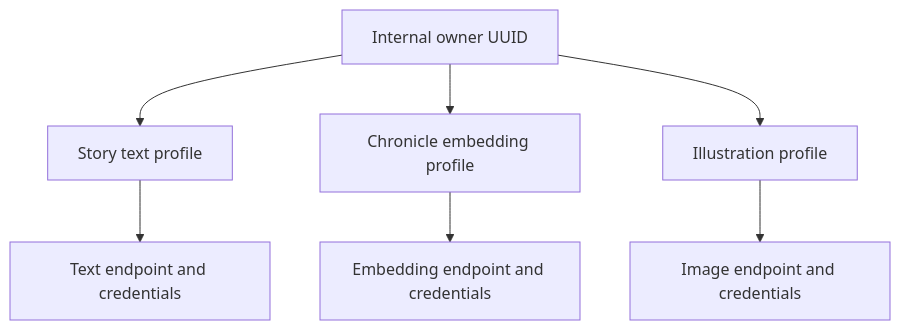
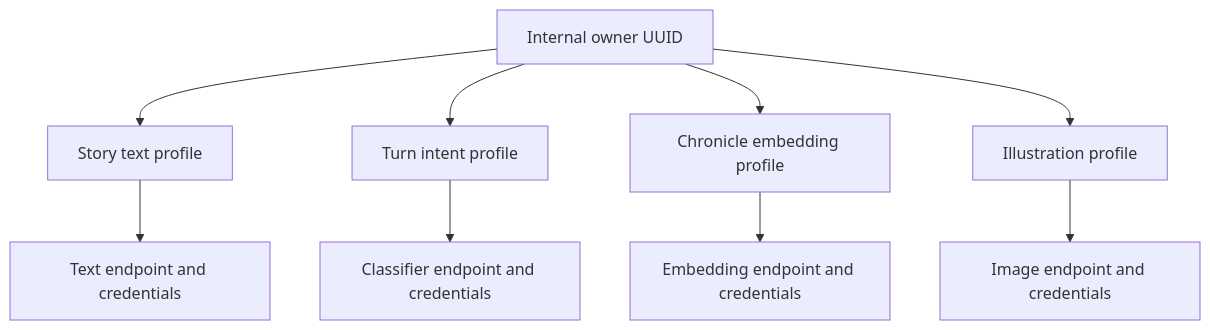
Before and after one commit to cmacnichol/infinite-quest-nexus: the diagram in docs/concepts/provider-model.md, drawn with Mermaid. The commit also changed other lines of this file and 52 other files, not shown here.

Commit message:
Add turn input intent modes

````diff
--- a/docs/concepts/provider-model.md
+++ b/docs/concepts/provider-model.md
@@ -5,9 +5,11 @@
 ```mermaid
 flowchart TD
   User["Internal owner UUID"] --> TextProfile["Story text profile"]
+  User --> IntentProfile["Turn intent profile"]
   User --> EmbedProfile["Chronicle embedding profile"]
   User --> ImageProfile["Illustration profile"]
   TextProfile --> TextEndpoint["Text endpoint and credentials"]
+  IntentProfile --> IntentEndpoint["Classifier endpoint and credentials"]
   EmbedProfile --> EmbedEndpoint["Embedding endpoint and credentials"]
   ImageProfile --> ImageEndpoint["Image endpoint and credentials"]
 ```
````
